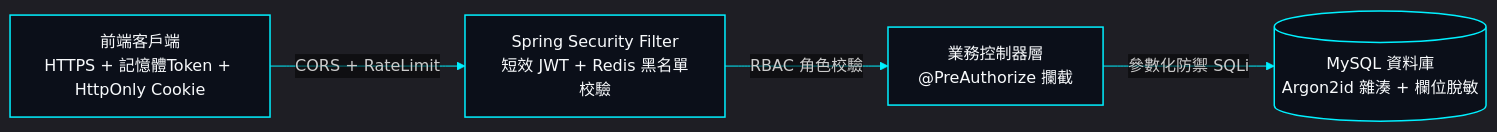
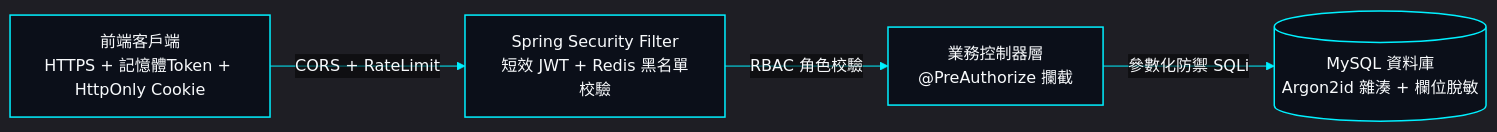
Before and after one commit to EricXJason/survey-flow: the first of 2 diagrams in docs/system-design/09-security.md, drawn with Mermaid. The commit also changed other lines of this file and 10 other files, not shown here.

Commit message:
chore(release): unify sci-fi hud mermaid diagrams across all docs

````diff
--- a/docs/system-design/09-security.md
+++ b/docs/system-design/09-security.md
@@ -12,9 +12,9 @@
 ```mermaid
-%%{init: {'theme': 'dark', 'themeVariables': { 'darkMode': true, 'background': '#030712', 'primaryColor': '#0b0f19', 'primaryTextColor': '#f8fafc', 'primaryBorderColor': '#00f0ff', 'lineColor': '#00f0ff', 'edgeLabelBackground': 'transparent' }}}%%
+%%{init: {'theme': 'dark', 'themeVariables': { 'darkMode': true, 'background': '#030712', 'primaryColor': '#0b0f19', 'primaryTextColor': '#f8fafc', 'primaryBorderColor': '#00f0ff', 'lineColor': '#00f0ff', 'textColor': '#f8fafc', 'edgeLabelBackground': 'transparent' }, 'themeCSS': '.edgeLabel, .edgeLabel rect, .edgeLabel span, .labelBkg { background: transparent !important; background-color: transparent !important; fill: transparent !important; border: none !important; } .edgeLabel, .edgeLabel span { color: #ffffff !important; fill: #ffffff !important; font-weight: 500 !important; } rect, .node rect, polygon { rx: 0px !important; ry: 0px !important; }', 'flowchart': { 'curve': 'linear' } }}%%
 flowchart LR
     classDef hudCard fill:#0b0f19,stroke:#00f0ff,stroke-width:1.5px,color:#f8fafc,rx:0px,ry:0px;
     Client["前端客戶端<br/>HTTPS + 記憶體Token + HttpOnly Cookie"] -->|"CORS + RateLimit"| Gateway["Spring Security Filter<br/>短效 JWT + Redis 黑名單校驗"]
     Gateway -->|"RBAC 角色校驗"| Controller["業務控制器層<br/>@PreAuthorize 攔截"]
     Controller -->|"參數化防禦 SQLi"| DB[("MySQL 資料庫<br/>Argon2id 雜湊 + 欄位脫敏")]
     class Client,Gateway,Controller,DB hudCard;
 ```
````
